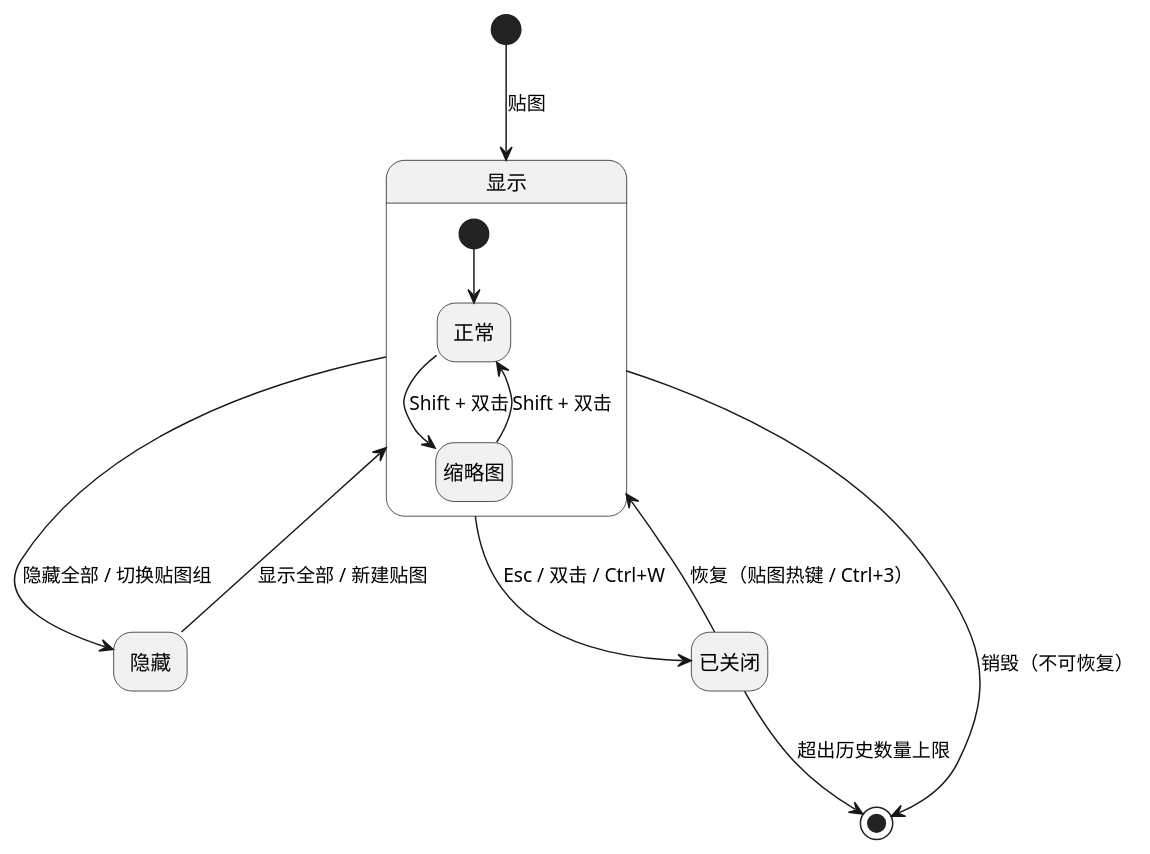
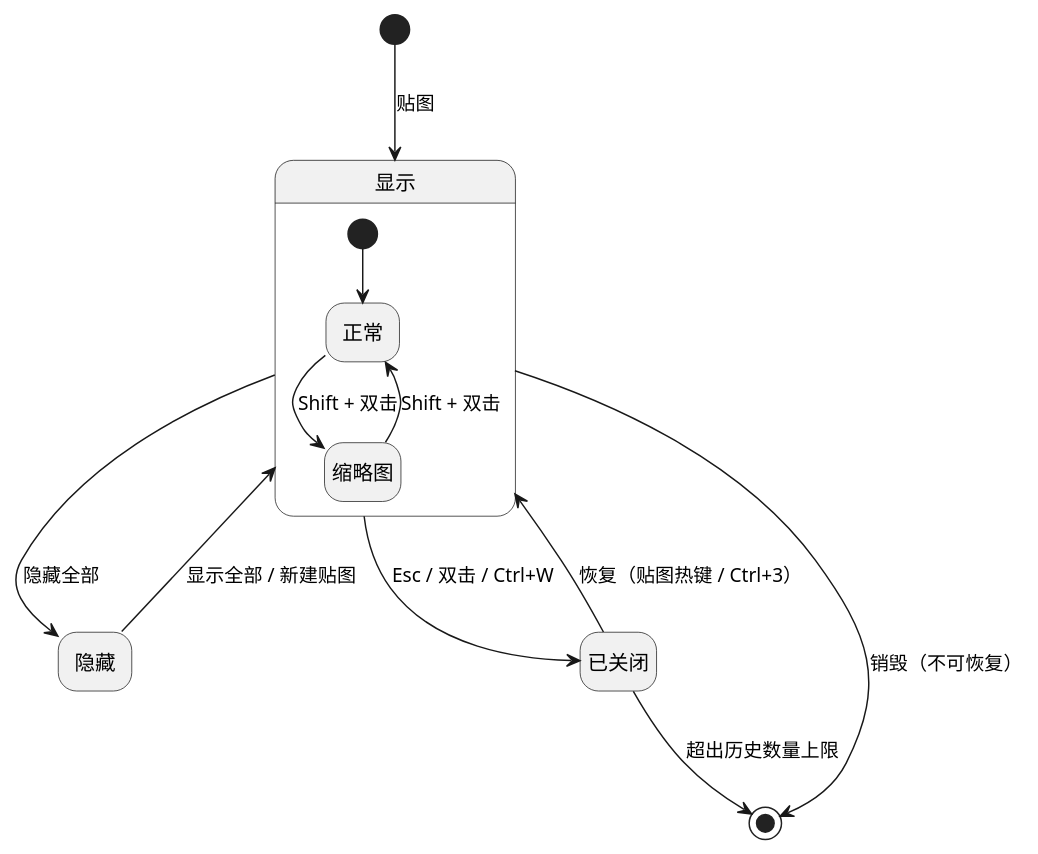
Before and after one commit to crvsrvn/ScreenShot: the third of 4 diagrams in docs/01-requirements.md, drawn with PlantUML. The commit also changed other lines of this file and 88 other files, not shown here.

````diff
--- a/docs/01-requirements.md
+++ b/docs/01-requirements.md
@@ -166,17 +163,17 @@
 ```plantuml caption="贴图生命周期"
 @startuml
 hide empty description
 [*] --> 显示 : 贴图
 state 显示 {
   [*] --> 正常
   正常 --> 缩略图 : Shift + 双击
   缩略图 --> 正常 : Shift + 双击
 }
-显示 --> 隐藏 : 隐藏全部 / 切换贴图组
+显示 --> 隐藏 : 隐藏全部
 隐藏 --> 显示 : 显示全部 / 新建贴图
 显示 --> 已关闭 : Esc / 双击 / Ctrl+W
 已关闭 --> 显示 : 恢复（贴图热键 / Ctrl+3）
 已关闭 --> [*] : 超出历史数量上限
 显示 --> [*] : 销毁（不可恢复）
 @enduml
 ```
````
